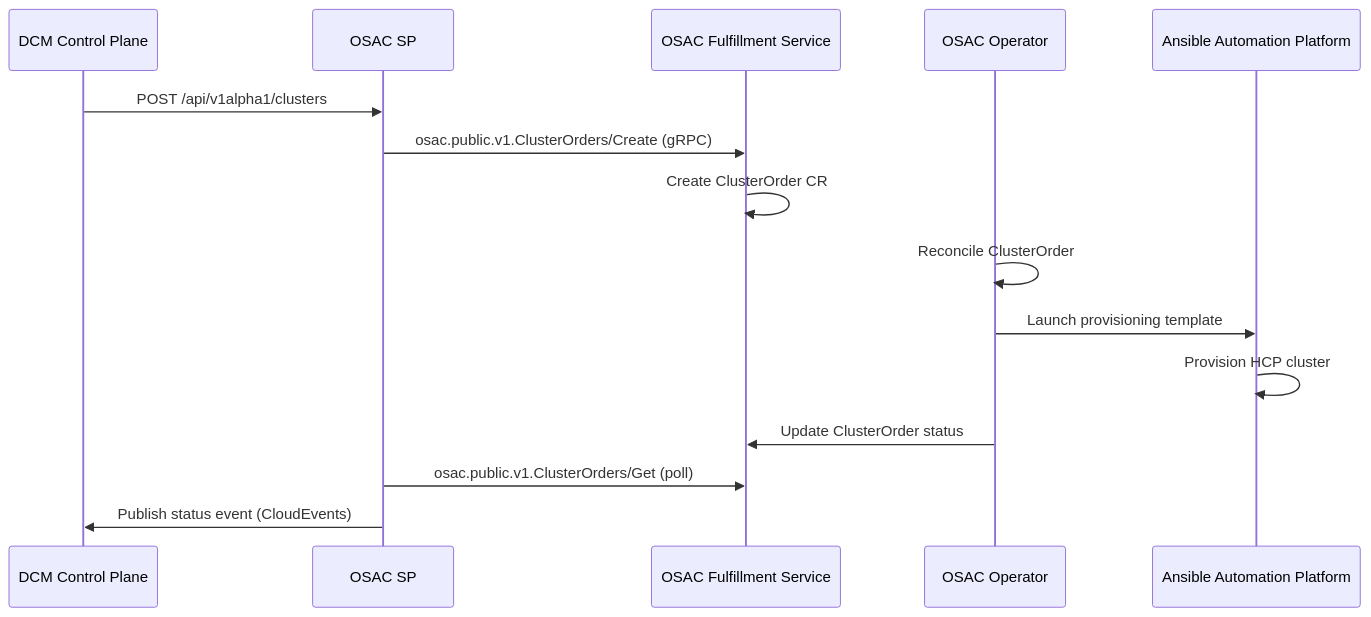
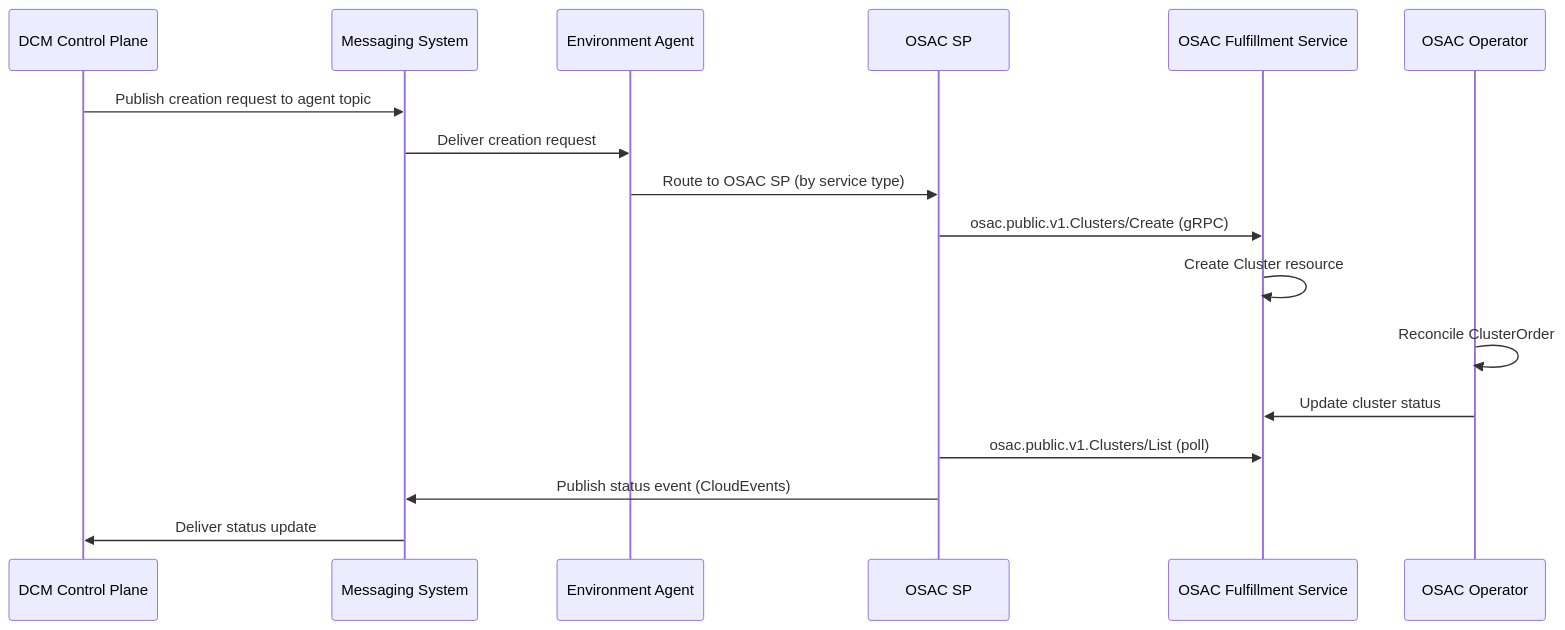
Before and after one commit to dcm-project/enhancements: the first of 5 diagrams in enhancements/osac-sp/osac-sp.md, drawn with Mermaid. The commit also changed other lines of this file and 1 other file, not shown here.

First line of the commit message:
Rewrite OSAC SP to agent model with VM support and OSAC API corrections

````diff
--- a/enhancements/osac-sp/osac-sp.md
+++ b/enhancements/osac-sp/osac-sp.md
@@ -169,18 +173,20 @@
 ```mermaid
 sequenceDiagram
     participant DCM as DCM Control Plane
+    participant MS as Messaging System
+    participant AG as Environment Agent
     participant SP as OSAC SP
     participant FS as OSAC Fulfillment Service
     participant OP as OSAC Operator
-    participant AAP as Ansible Automation Platform
 
-    DCM->>SP: POST /api/v1alpha1/clusters
-    SP->>FS: osac.public.v1.ClusterOrders/Create (gRPC)
-    FS->>FS: Create ClusterOrder CR
+    DCM->>MS: Publish creation request to agent topic
+    MS->>AG: Deliver creation request
+    AG->>SP: Route to OSAC SP (by service type)
+    SP->>FS: osac.public.v1.Clusters/Create (gRPC)
+    FS->>FS: Create Cluster resource
     OP->>OP: Reconcile ClusterOrder
-    OP->>AAP: Launch provisioning template
-    AAP->>AAP: Provision HCP cluster
-    OP->>FS: Update ClusterOrder status
-    SP->>FS: osac.public.v1.ClusterOrders/Get (poll)
-    SP->>DCM: Publish status event (CloudEvents)
+    OP->>FS: Update cluster status
+    SP->>FS: osac.public.v1.Clusters/List (poll)
+    SP->>MS: Publish status event (CloudEvents)
+    MS->>DCM: Deliver status update
 ```
````
